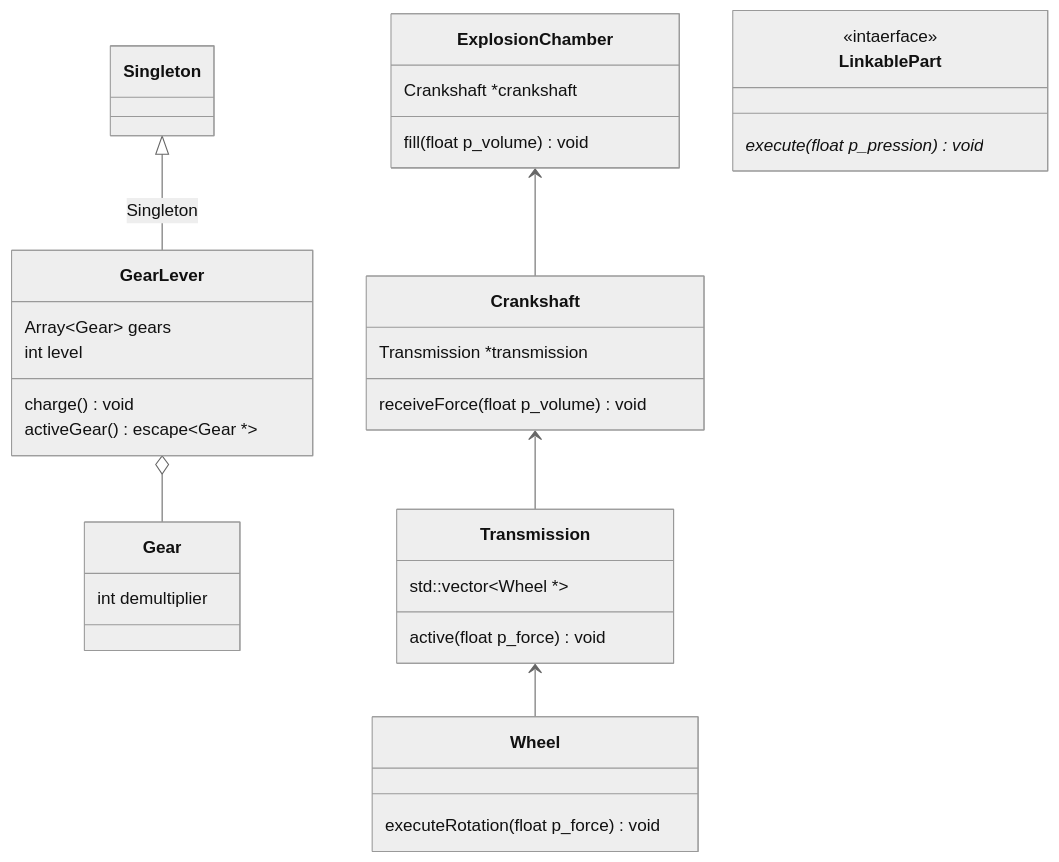
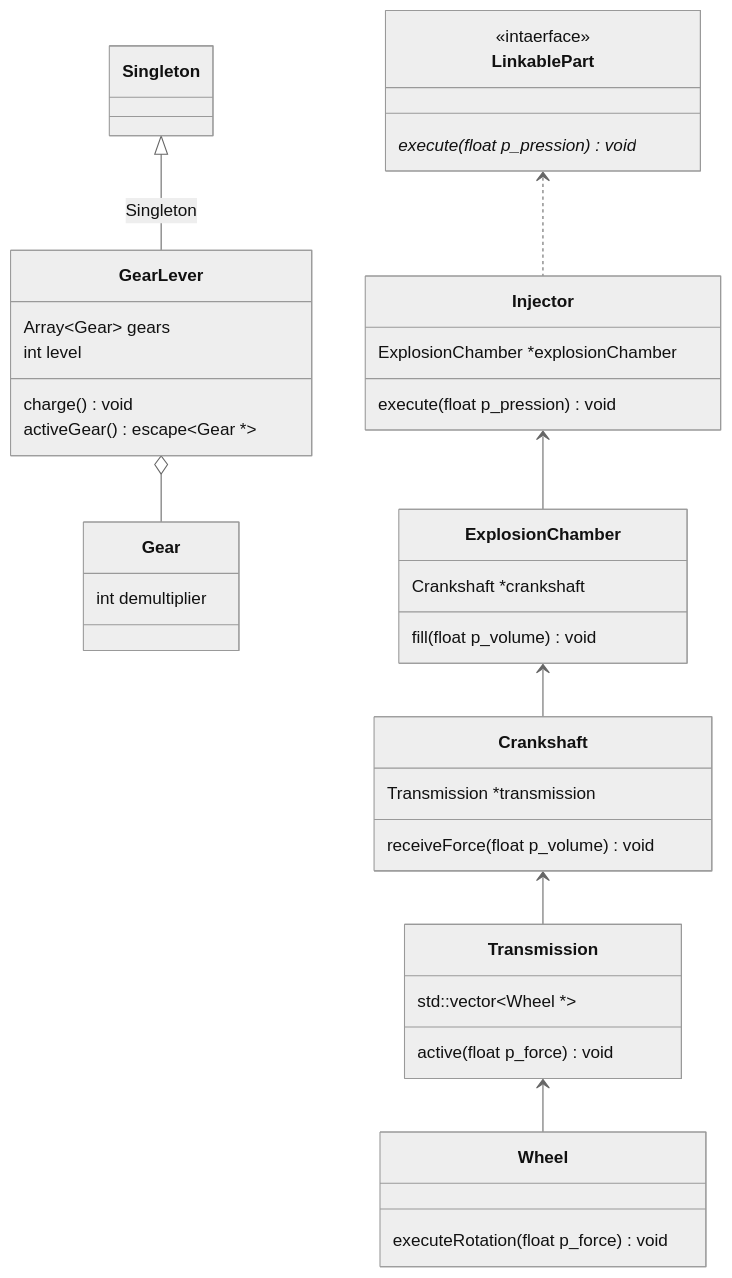
The diagram in subject.md (PalmNeko/piscine-object02-UML), drawn with Mermaid (neutral theme) before and after one commit.

Commit message:
add: Injector

````diff
--- a/subject.md
+++ b/subject.md
@@ -2,52 +2,60 @@
 ```mermaid
 classDiagram
     direction TB
 
     GearLever o-- Gear
 
     Singleton <|-- GearLever : Singleton<GearLever>
 
     ExplosionChamber <-- Crankshaft
     Crankshaft <-- Transmission
     Transmission <-- Wheel
+
+    Injector <-- ExplosionChamber
+    LinkablePart <.. Injector
 
     class LinkablePart {
         <<intaerface>>
         execute(float p_pression)* void
     }
 
     class Wheel {
         executeRotation(float p_force) void
     }
 
     class Gear {
         int demultiplier
     }
 
     class Singleton {
         %% TODO
     }
 
     class GearLever {
         Array~Gear~ gears
         int level
         charge() void
         activeGear() escape~Gear *~
     }
 
     class Transmission {
         std::vector~Wheel *~
         active(float p_force) void
     }
 
     class Crankshaft {
         Transmission *transmission
         receiveForce(float p_volume) void
     }
 
     class ExplosionChamber {
         Crankshaft *crankshaft
         fill(float p_volume) void
     }
 
+    class Injector {
+        ExplosionChamber *explosionChamber
+        execute(float p_pression) void
+    }
+
 ```
````
